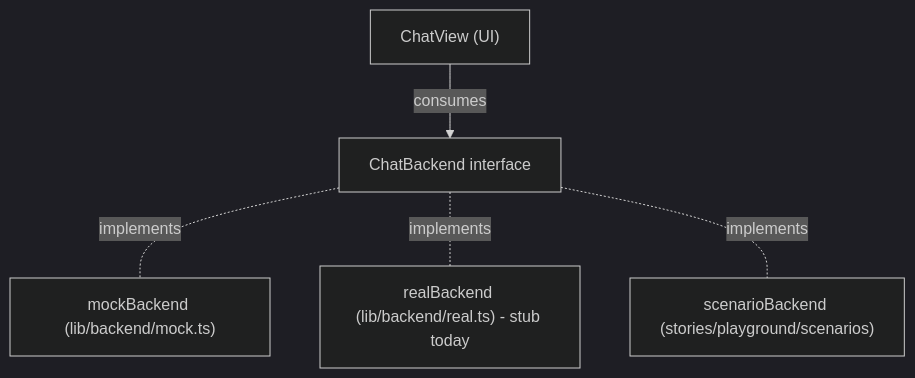
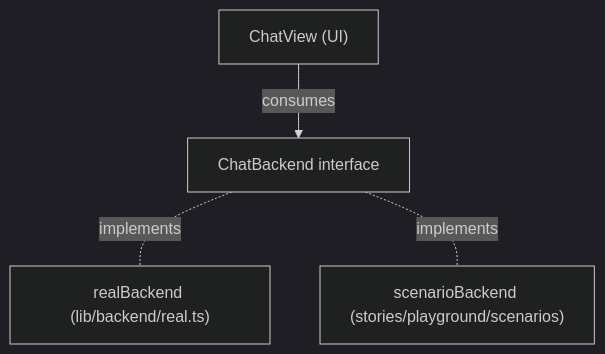
Before and after one commit to iii-hq/workers: the diagram in ade/web/PLAYGROUND.md, drawn with Mermaid (dark theme). The commit also changed other lines of this file and 2 other files, not shown here.

````diff
--- a/ade/web/PLAYGROUND.md
+++ b/ade/web/PLAYGROUND.md
@@ -134,13 +134,11 @@
 ```mermaid
 graph TD
   ChatView["ChatView (UI)"]
   Backend["ChatBackend interface"]
-  Mock["mockBackend (lib/backend/mock.ts)"]
-  Real["realBackend (lib/backend/real.ts) - stub today"]
+  Real["realBackend (lib/backend/real.ts)"]
   Scenarios["scenarioBackend (stories/playground/scenarios)"]
 
   ChatView -->|consumes| Backend
-  Backend -.implements.- Mock
   Backend -.implements.- Real
   Backend -.implements.- Scenarios
 ```
````
